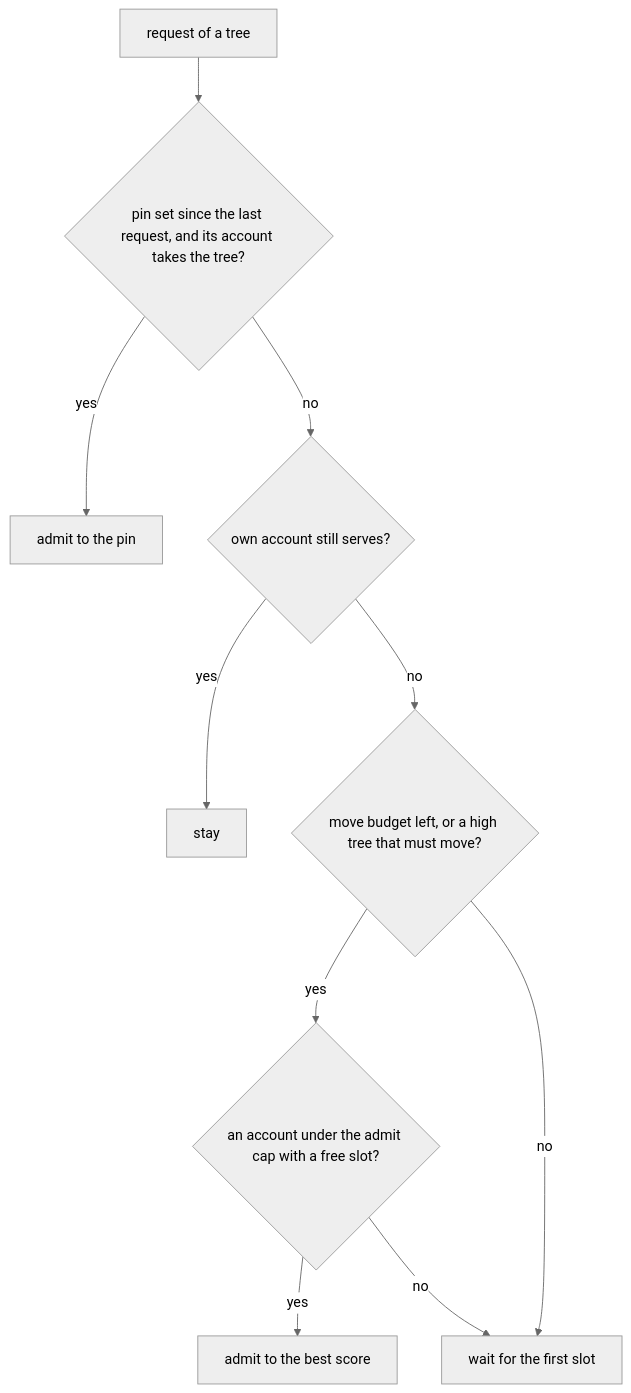
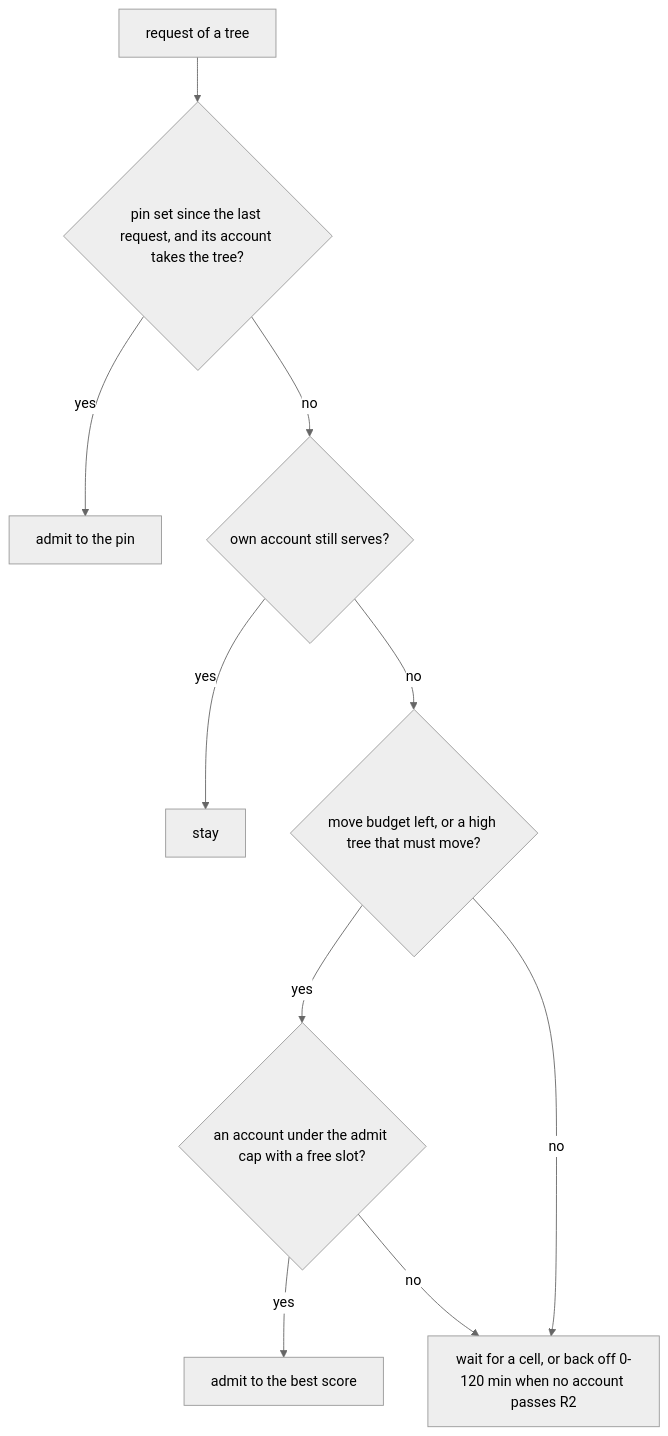
One commit to sieu-n/sieun-pi changed the diagram in components/pi-pool/README.md. Above: the diagram before and after it, drawn with Mermaid (neutral theme). The commit also changed other lines of this file and 9 other files, not shown here.

````diff
--- a/components/pi-pool/README.md
+++ b/components/pi-pool/README.md
@@ -306,12 +306,12 @@
 ```mermaid
 flowchart TD
   R[request of a tree] --> P{pin set since the last request, and its account takes the tree?}
   P -- yes --> A[admit to the pin]
   P -- no --> S{own account still serves?}
   S -- yes --> STAY[stay]
   S -- no --> B{move budget left, or a high tree that must move?}
   B -- yes --> C{an account under the admit cap with a free slot?}
   B -- no --> W
   C -- yes --> A2[admit to the best score]
-  C -- no --> W[wait for the first slot]
+  C -- no --> W[wait for a cell, or back off 0-120 min when no account passes R2]
 ```
````
